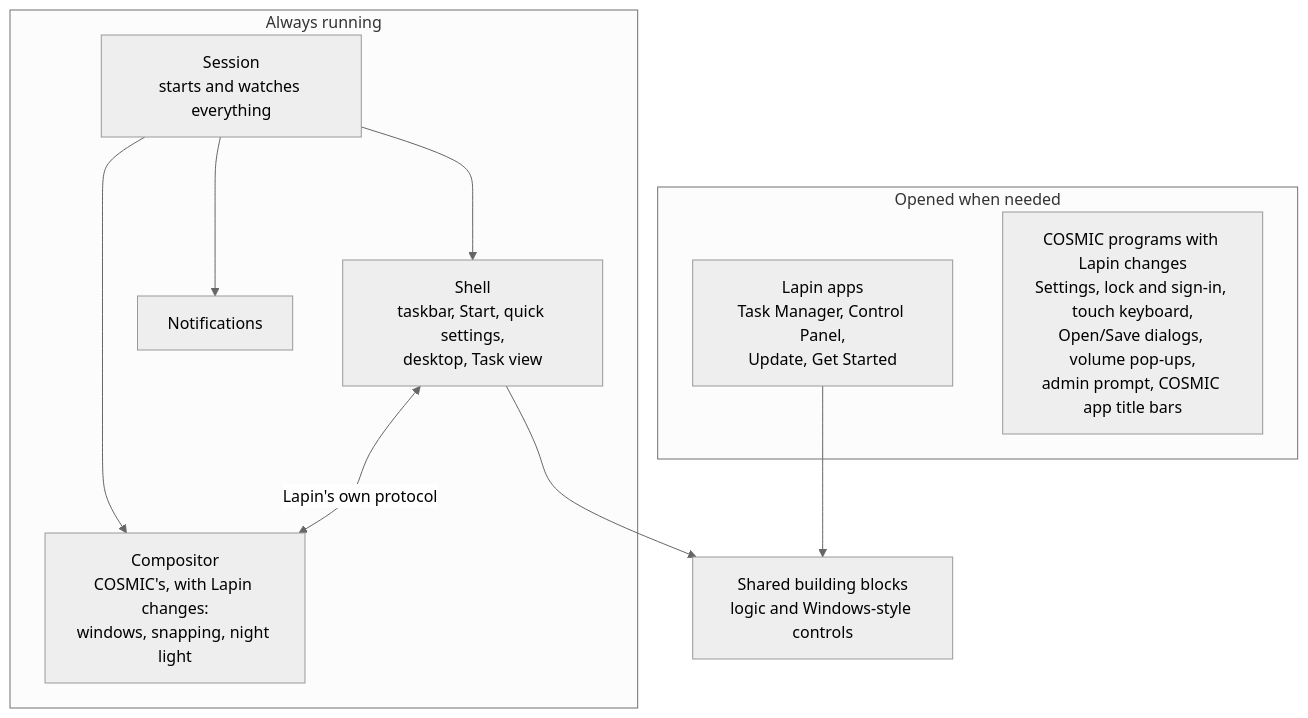
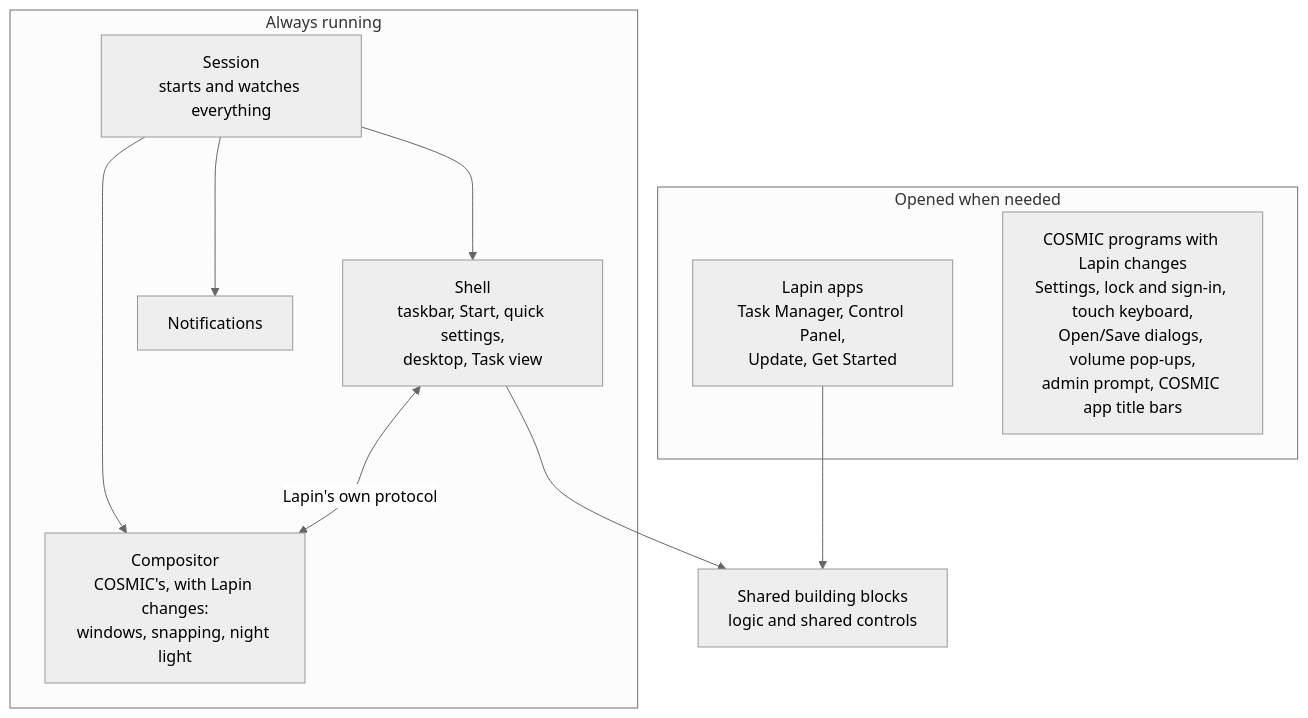
Before and after one commit to znraznra/lapin-ux: the second of 2 diagrams in README.md, drawn with Mermaid (neutral theme). The commit also changed other lines of this file and 17 other files, not shown here.

````diff
--- a/README.md
+++ b/README.md
@@ -152,20 +162,20 @@
 ```mermaid
 flowchart TB
     subgraph always["Always running"]
         session["Session<br/>starts and watches everything"]
         comp["Compositor<br/>COSMIC's, with Lapin changes:<br/>windows, snapping, night light"]
         shell["Shell<br/>taskbar, Start, quick settings,<br/>desktop, Task view"]
         notify["Notifications"]
         session --> comp
         session --> shell
         session --> notify
         shell <-->|Lapin's own protocol| comp
     end
     subgraph opened["Opened when needed"]
         apps["Lapin apps<br/>Task Manager, Control Panel,<br/>Update, Get Started"]
         cosmic["COSMIC programs with Lapin changes<br/>Settings, lock and sign-in, touch keyboard,<br/>Open/Save dialogs, volume pop-ups,<br/>admin prompt, COSMIC app title bars"]
     end
-    shared["Shared building blocks<br/>logic and Windows-style controls"]
+    shared["Shared building blocks<br/>logic and shared controls"]
     shell --> shared
     apps --> shared
 ```
````
